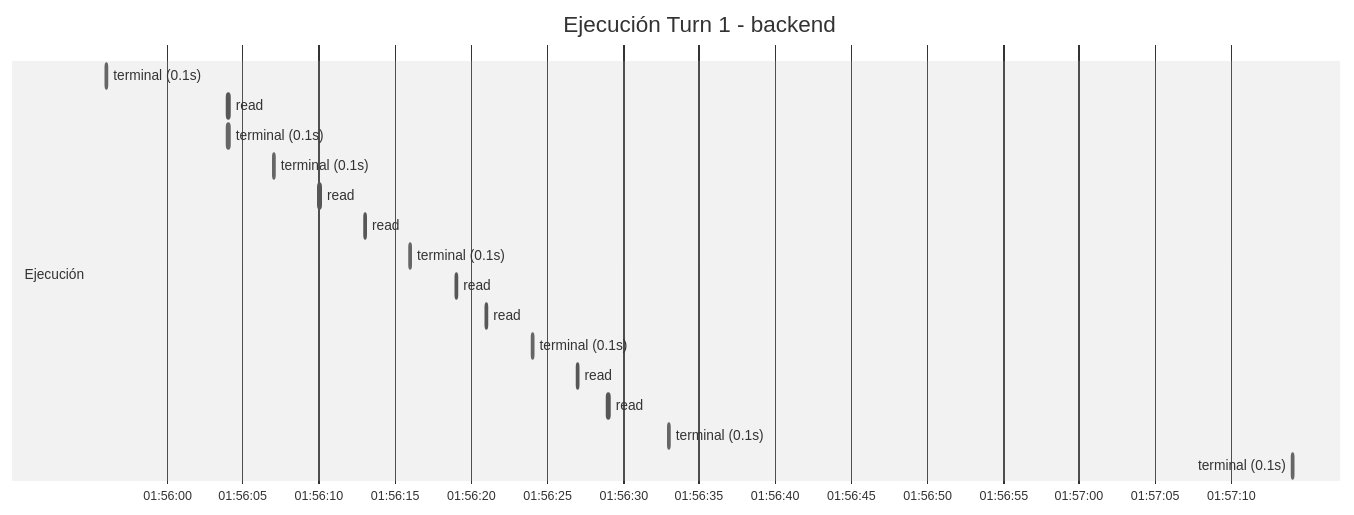
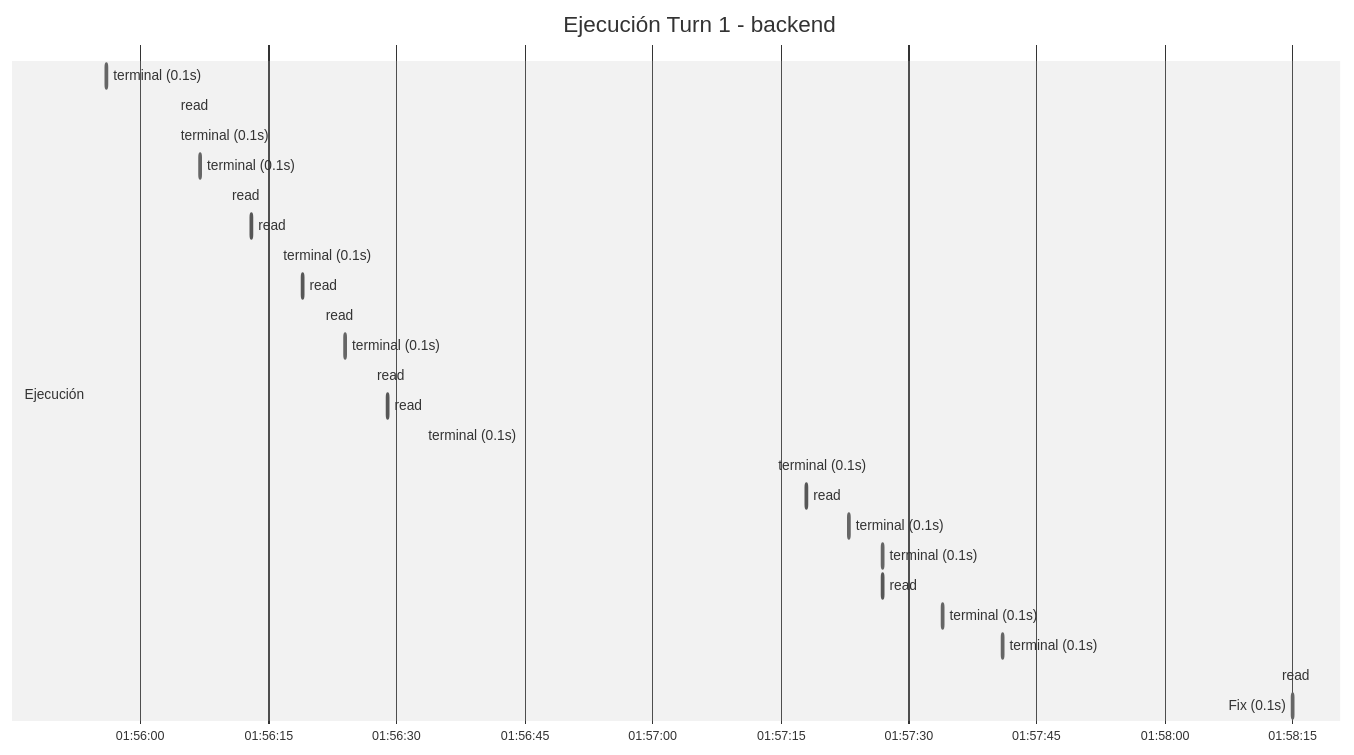
The diagram in .ponytail/traces/2026-07-09_auto_recovered_f8f2807bf34f/backend_f8f2807bf34f.md (luisdalmasso/orquestador-contamela), drawn with Mermaid (neutral theme) before and after one commit. The commit also changed other lines of this file, not shown here.

````diff
--- a/.ponytail/traces/2026-07-09_auto_recovered_f8f2807bf34f/backend_f8f2807bf34f.md
+++ b/.ponytail/traces/2026-07-09_auto_recovered_f8f2807bf34f/backend_f8f2807bf34f.md
@@ -151,22 +152,30 @@
 ```mermaid
 gantt
     title Ejecución Turn 1 - backend
     dateFormat  HH:mm:ss
     axisFormat  %H:%M:%S
 
     section Ejecución
     terminal (0.1s)  :done, 01:55:56, 0.1s
     read: (0.1s)  :done, 01:56:04, 0.1s
     terminal (0.1s)  :done, 01:56:04, 0.1s
     terminal (0.1s)  :done, 01:56:07, 0.1s
     read: (0.1s)  :done, 01:56:10, 0.1s
     read: (0.1s)  :done, 01:56:13, 0.1s
     terminal (0.1s)  :done, 01:56:16, 0.1s
     read: (0.1s)  :done, 01:56:19, 0.1s
     read: (0.1s)  :done, 01:56:21, 0.1s
     terminal (0.1s)  :done, 01:56:24, 0.1s
     read: (0.1s)  :done, 01:56:27, 0.1s
     read: (0.1s)  :done, 01:56:29, 0.1s
     terminal (0.1s)  :done, 01:56:33, 0.1s
     terminal (0.1s)  :done, 01:57:14, 0.1s
+    read: (0.1s)  :done, 01:57:18, 0.1s
+    terminal (0.1s)  :done, 01:57:23, 0.1s
+    terminal (0.1s)  :done, 01:57:27, 0.1s
+    read: (0.1s)  :done, 01:57:27, 0.1s
+    terminal (0.1s)  :done, 01:57:34, 0.1s
+    terminal (0.1s)  :done, 01:57:41, 0.1s
+    read: (0.1s)  :done, 01:58:13, 0.1s
+    Fix (0.1s)  :done, 01:58:15, 0.1s
 ```
````
